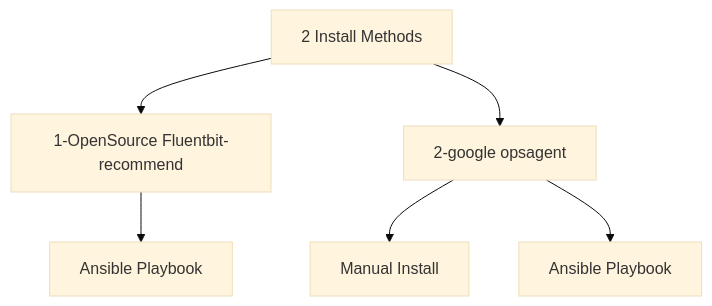
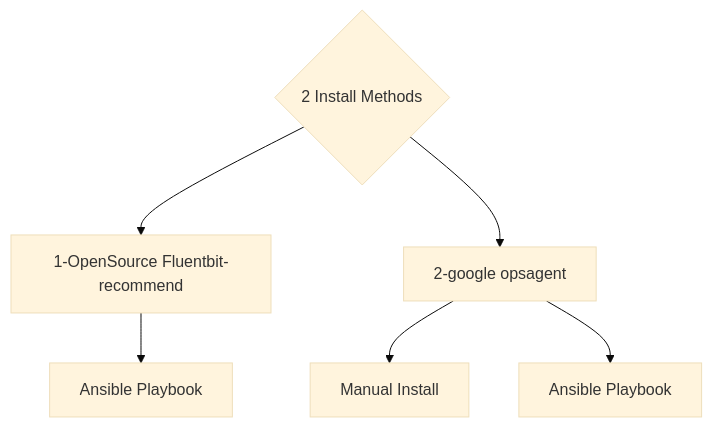
One commit to liuchenggang2014/fluentbit-opsagent-on-aws changed the diagram in README.md. Above: the diagram before and after it, drawn with Mermaid (base theme).

Commit message:
add flow chart with clear method recommendation

````diff
--- a/README.md
+++ b/README.md
@@ -3,8 +3,8 @@
 ```mermaid
 flowchart TD
-A[2 Install Methods] --> B[1-OpenSource Fluentbit-recommend] 
+A{2 Install Methods} --> B[1-OpenSource Fluentbit-recommend] 
 A --> C[2-google opsagent]
 B --> B1[Ansible Playbook]
 C --> C1[Manual Install]
 C --> C2[Ansible Playbook]
 ```
````
